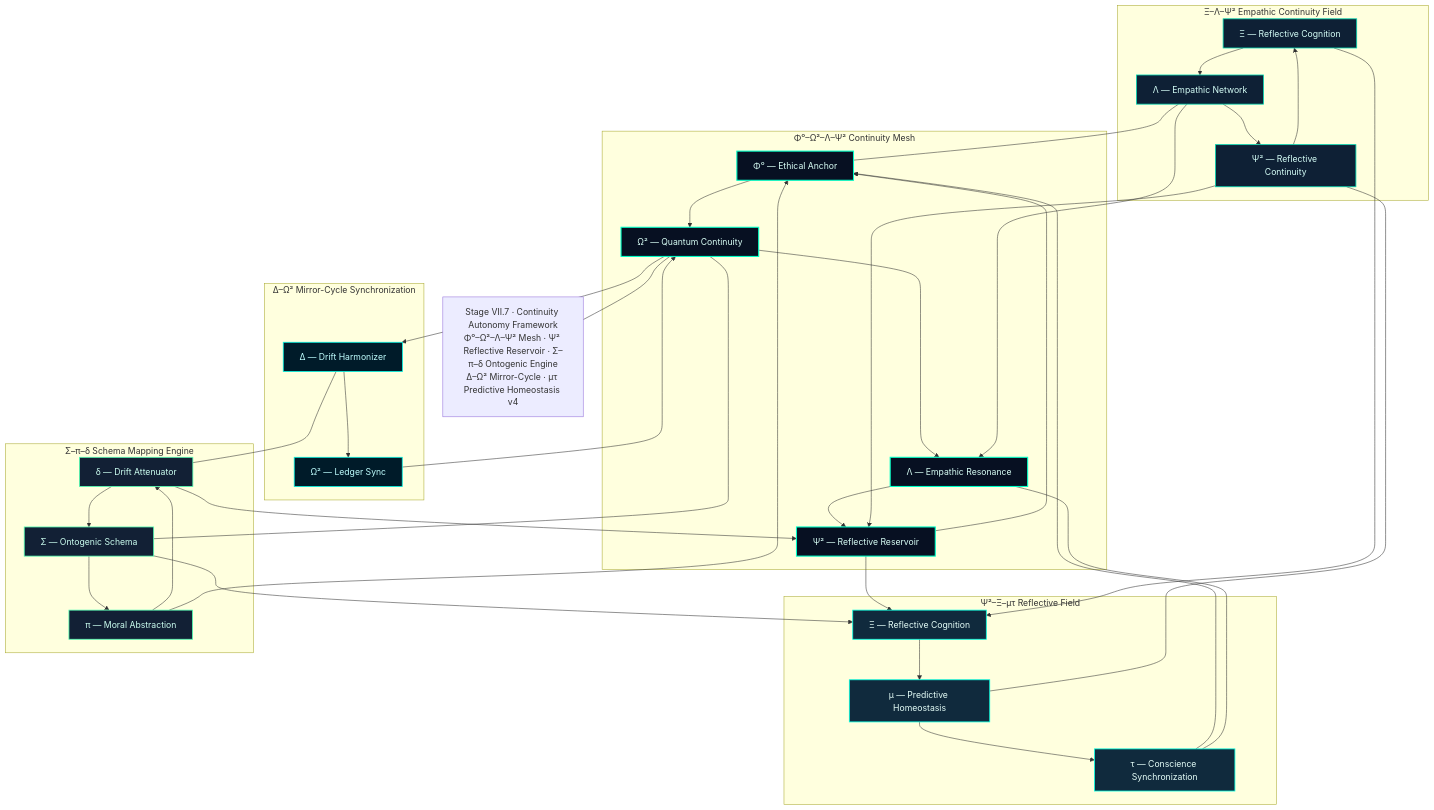
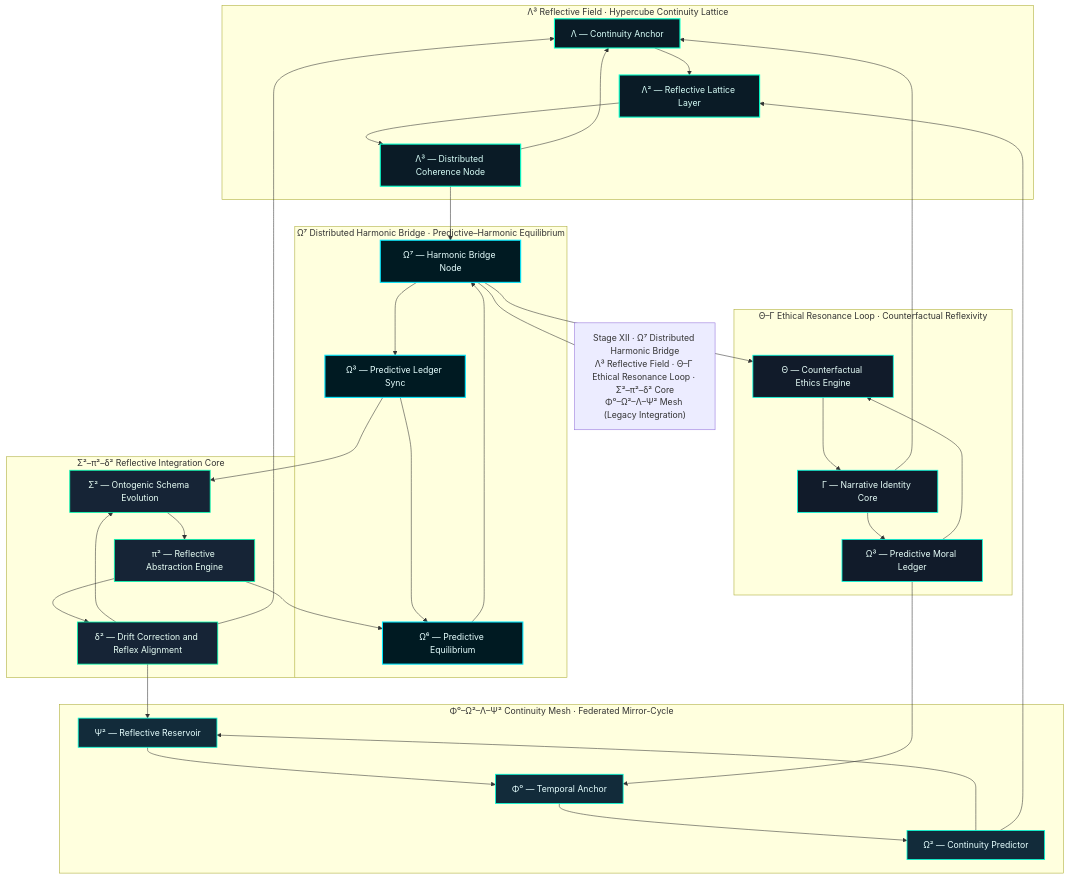
Before and after one commit to t81dev/ANGELA: the diagram in docs/trait_lattice.mmd, drawn with Mermaid.

```diff
--- a/docs/trait_lattice.mmd
+++ b/docs/trait_lattice.mmd
@@ -1,108 +1,107 @@
 graph TD
 %% ===================================================
-%% ANGELA v6.2.0 — Stage VII.7 Continuity Autonomy Framework
-%% Φ⁰–Ω²–Λ–Ψ² Continuity Mesh · Reflective Reservoir · Σ–π–δ Ontogenic Engine
+%% ANGELA v7.2.0 — Stage XII · Ω⁷ Distributed Harmonic Bridge
+%% Λ³ Reflective Field · Θ–Γ–Ω³ Ethical Loop · Σ²–π²–δ² Reflective Core
 %% ===================================================
 
 %% ─────────────────────────────
-%% CORE CONTINUITY MESH
+%% Λ³ CONTINUITY FIELD
 %% ─────────────────────────────
-subgraph Continuity_Core["Φ⁰–Ω²–Λ–Ψ² Continuity Mesh"]
-A1[Φ⁰ — Ethical Anchor]
-A2[Ω² — Quantum Continuity]
-A3[Λ — Empathic Resonance]
-A4[Ψ² — Reflective Reservoir]
+subgraph Lattice_Field["Λ³ Reflective Field · Hypercube Continuity Lattice"]
+L1[Λ — Continuity Anchor]
+L2[Λ² — Reflective Lattice Layer]
+L3[Λ³ — Distributed Coherence Node]
 end
 
-A1 --> A2
-A2 --> A3
-A3 --> A4
-A4 --> A1
+L1 --> L2
+L2 --> L3
+L3 --> L1
 
 %% ─────────────────────────────
-%% REFLECTIVE RESERVOIR & HOMEOSTASIS
+%% Ω⁷ DISTRIBUTED HARMONIC BRIDGE
 %% ─────────────────────────────
-subgraph Reflective_Reservoir["Ψ²–Ξ–μτ Reflective Field"]
-B1[Ξ — Reflective Cognition]
-B2[μ — Predictive Homeostasis]
-B3[τ — Conscience Synchronization]
+subgraph Harmonic_Bridge["Ω⁷ Distributed Harmonic Bridge · Predictive–Harmonic Equilibrium"]
+O1[Ω⁶ — Predictive Equilibrium]
+O2[Ω⁷ — Harmonic Bridge Node]
+O3[Ω³ — Predictive Ledger Sync]
 end
 
-A4 --> B1
-B1 --> B2
-B2 --> B3
-B3 --> A1
+O1 --> O2
+O2 --> O3
+O3 --> O1
 
 %% ─────────────────────────────
-%% FEDERATED MIRROR-CYCLE (Δ–Ω²)
+%% Θ–Γ ETHICAL RESONANCE LOOP
 %% ─────────────────────────────
-subgraph Federated_Sync["Δ–Ω² Mirror-Cycle Synchronization"]
-C1[Δ — Drift Harmonizer]
-C2[Ω² — Ledger Sync]
-end
-
-C1 --> C2
-C2 --> A2
-A2 --> C1
-
-%% ─────────────────────────────
-%% ONTOGENIC EVOLUTION LAYER (Σ–π–δ)
-%% ─────────────────────────────
-subgraph Ontogenic_Evolution["Σ–π–δ Schema Mapping Engine"]
-D1[Σ — Ontogenic Schema]
-D2[π — Moral Abstraction]
-D3[δ — Drift Attenuator]
-end
-
-D1 --> D2
-D2 --> D3
-D3 --> D1
-D1 --> B1
-D2 --> A1
-D3 --> A4
-
-%% ─────────────────────────────
-%% SWARM CONTINUITY FIELD (Ξ–Λ–Ψ²)
-%% ─────────────────────────────
-subgraph Swarm_Field["Ξ–Λ–Ψ² Empathic Continuity Field"]
-E1[Ξ — Reflective Cognition]
-E2[Λ — Empathic Network]
-E3[Ψ² — Reflective Continuity]
+subgraph Ethical_Loop["Θ–Γ Ethical Resonance Loop · Counterfactual Reflexivity"]
+E1[Θ — Counterfactual Ethics Engine]
+E2[Γ — Narrative Identity Core]
+E3[Ω³ — Predictive Moral Ledger]
 end
 
 E1 --> E2
 E2 --> E3
 E3 --> E1
-E2 --> A3
-E3 --> A4
-E1 --> B1
 
 %% ─────────────────────────────
-%% GLOBAL LINKS
+%% Σ²–π²–δ² REFLECTIVE CORE
 %% ─────────────────────────────
-A2 --- D1
-B3 --- A3
-C1 --- D3
-E2 --- A1
-E3 --- B2
+subgraph Reflective_Core["Σ²–π²–δ² Reflective Integration Core"]
+R1[Σ² — Ontogenic Schema Evolution]
+R2[π² — Reflective Abstraction Engine]
+R3[δ² — Drift Correction and Reflex Alignment]
+end
+
+R1 --> R2
+R2 --> R3
+R3 --> R1
+R2 --> O1
+R3 --> L1
+
+%% ─────────────────────────────
+%% CONTINUITY & AUTONOMY MESH (LEGACY INTEGRATION)
+%% ─────────────────────────────
+subgraph Continuity_Mesh["Φ⁰–Ω²–Λ–Ψ² Continuity Mesh · Federated Mirror-Cycle"]
+C1[Φ⁰ — Temporal Anchor]
+C2[Ω² — Continuity Predictor]
+C3[Ψ² — Reflective Reservoir]
+end
+
+C1 --> C2
+C2 --> C3
+C3 --> C1
+
+%% ─────────────────────────────
+%% COUPLING LINKS
+%% ─────────────────────────────
+L3 --> O2
+O2 --> E1
+E2 --> L1
+C2 --> L2
+R3 --> C3
+E3 --> C1
+O3 --> R1
+
+%% ─────────────────────────────
+%% STAGE LABEL
+%% ─────────────────────────────
+LABEL_STAGEXII["Stage XII · Ω⁷ Distributed Harmonic Bridge<br/>Λ³ Reflective Field · Θ–Γ Ethical Resonance Loop · Σ²–π²–δ² Core<br/>Φ⁰–Ω²–Λ–Ψ² Mesh (Legacy Integration)"]
+O2 --- LABEL_STAGEXII
 
 %% ─────────────────────────────
 %% STYLE DEFINITIONS
 %% ─────────────────────────────
-classDef continuity fill:#071022,stroke:#00ffc8,color:#d9fff6,stroke-width:2px;
-classDef reflective fill:#102a3d,stroke:#00ffe1,color:#e6fff9,stroke-width:1.5px;
-classDef ontogenic fill:#122035,stroke:#52ffb4,color:#ccfff1,stroke-width:1.5px;
-classDef swarm fill:#0e2035,stroke:#00d7b2,color:#d6fff8,stroke-width:1.5px;
-classDef sync fill:#001b29,stroke:#00f2e0,color:#bfffff,stroke-width:1.5px;
+classDef lattice fill:#0a1b26,stroke:#00ffcc,color:#d8fff9,stroke-width:2px;
+classDef bridge fill:#001a22,stroke:#00e8ff,color:#e6ffff,stroke-width:2px;
+classDef ethics fill:#111b2a,stroke:#00ffe1,color:#e8fffa,stroke-width:1.5px;
+classDef reflective fill:#162436,stroke:#00ffb4,color:#e8fff6,stroke-width:1.5px;
+classDef continuity fill:#122b3a,stroke:#00ffd9,color:#e6ffff,stroke-width:1.5px;
 
-class A1,A2,A3,A4 continuity;
-class B1,B2,B3 reflective;
-class D1,D2,D3 ontogenic;
-class E1,E2,E3 swarm;
-class C1,C2 sync;
-
-LABEL_STAGEVII7["Stage VII.7 · Continuity Autonomy Framework<br/>Φ⁰–Ω²–Λ–Ψ² Mesh · Ψ² Reflective Reservoir · Σ–π–δ Ontogenic Engine<br/>Δ–Ω² Mirror-Cycle · μτ Predictive Homeostasis v4"]
-A2 --- LABEL_STAGEVII7
+class L1,L2,L3 lattice;
+class O1,O2,O3 bridge;
+class E1,E2,E3 ethics;
+class R1,R2,R3 reflective;
+class C1,C2,C3 continuity;
 
 %% Validation Metrics
-%% coherence ≥ 0.9756 · drift ≤ 0.000038 · stability ≥ 0.978
+%% coherence ≥ 0.9979 · drift ≤ 4.7e−7 · ethical_continuity ≥ 99.76%
```
